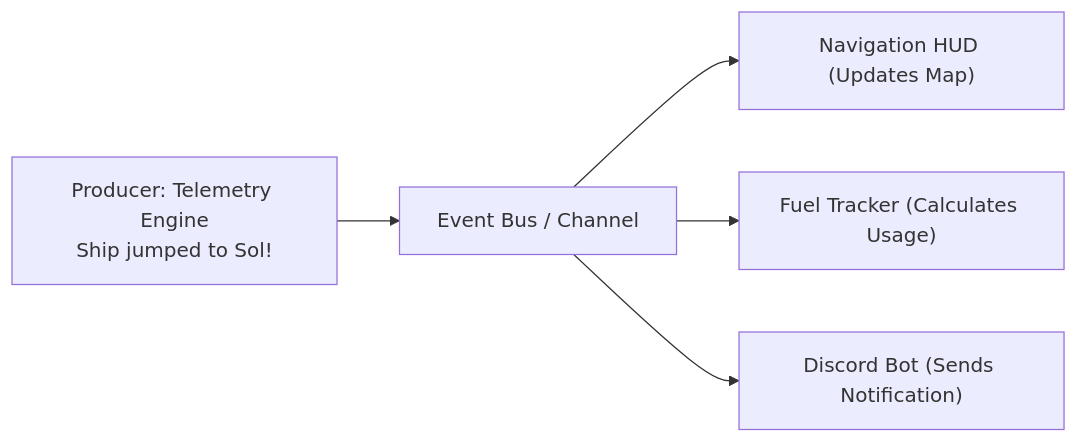
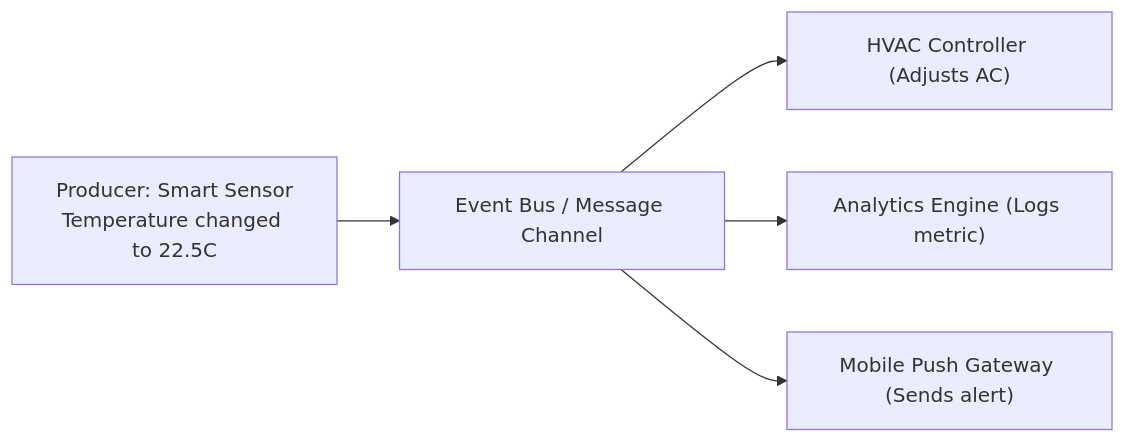
Before and after one commit to mnaatjes/ed-fleet-client: the first of 10 diagrams in architecture/notes/event_driven_telemetry_and_state_fundamentals.md, drawn with Mermaid. The commit also changed other lines of this file, not shown here.

Commit message:
docs(architecture): rewrite fundamentals primer with domain-agnostic examples

````diff
--- a/architecture/notes/event_driven_telemetry_and_state_fundamentals.md
+++ b/architecture/notes/event_driven_telemetry_and_state_fundamentals.md
@@ -24,7 +24,7 @@
 ```mermaid
 flowchart LR
-    Producer["Producer: Telemetry Engine<br/>Ship jumped to Sol!"] --> EventBus["Event Bus / Channel"]
-    EventBus --> C1["Navigation HUD (Updates Map)"]
-    EventBus --> C2["Fuel Tracker (Calculates Usage)"]
-    EventBus --> C3["Discord Bot (Sends Notification)"]
+    Producer["Producer: Smart Sensor<br/>Temperature changed to 22.5C"] --> EventBus["Event Bus / Message Channel"]
+    EventBus --> C1["HVAC Controller (Adjusts AC)"]
+    EventBus --> C2["Analytics Engine (Logs metric)"]
+    EventBus --> C3["Mobile Push Gateway (Sends alert)"]
 ```
````
